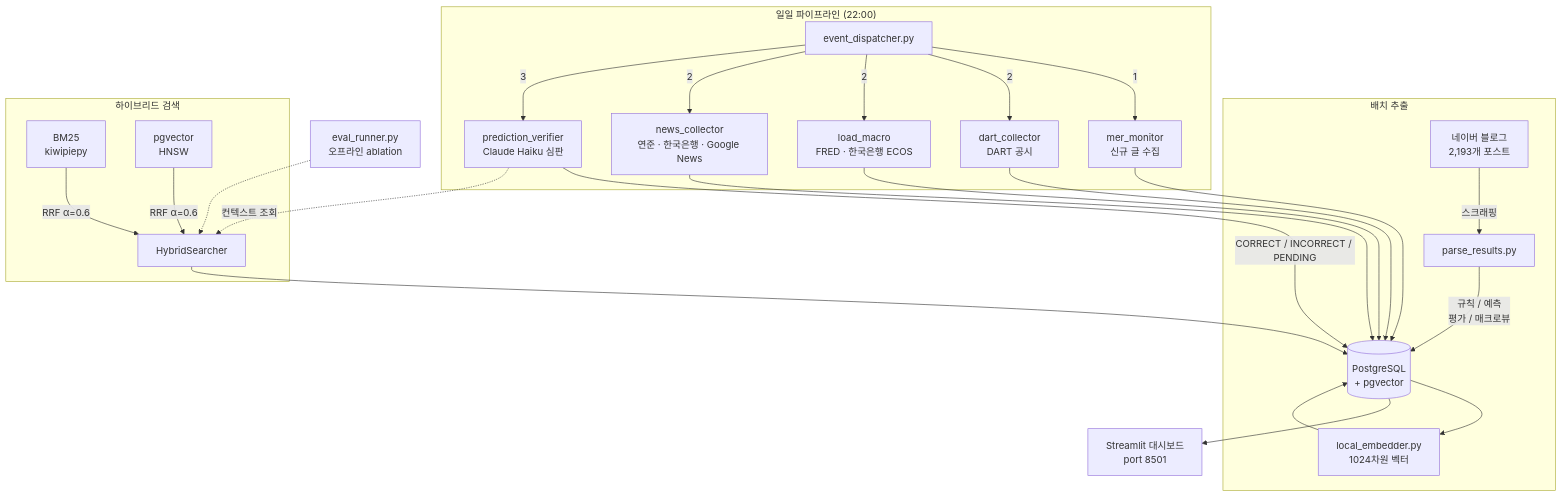
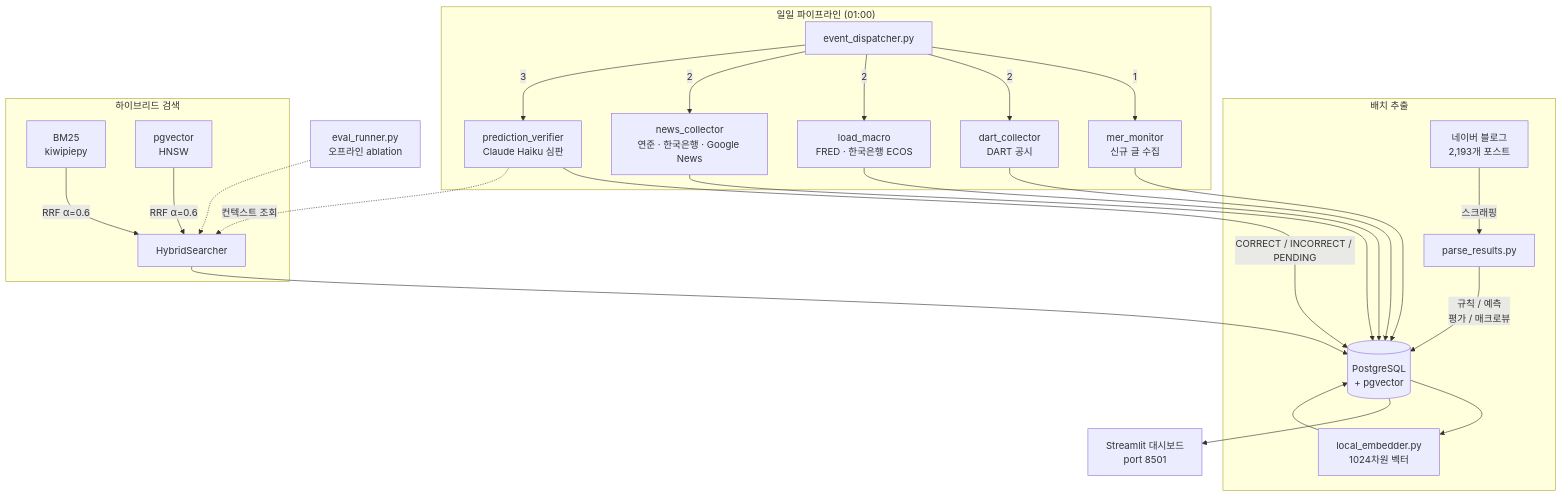
One commit to 11e3/mer-insight-pipeline changed the diagram in README_KR.md. Above: the diagram before and after it, drawn with Mermaid. The commit also changed other lines of this file and 3 other files, not shown here.

````diff
--- a/README_KR.md
+++ b/README_KR.md
@@ -17,31 +17,31 @@
 ```mermaid
 flowchart TD
     subgraph 배치 추출
         A[네이버 블로그<br>2,193개 포스트] -->|스크래핑| B[parse_results.py]
         B -->|규칙 / 예측<br>평가 / 매크로뷰| C[(PostgreSQL<br>+ pgvector)]
         C --> EMB[local_embedder.py<br>1024차원 벡터]
         EMB --> C
     end
 
-    subgraph "일일 파이프라인 (22:00)"
+    subgraph "일일 파이프라인 (01:00)"
         ED[event_dispatcher.py] -->|1| MER[mer_monitor<br>신규 글 수집]
         ED -->|2| DC[dart_collector<br>DART 공시]
         ED -->|2| LM[load_macro<br>FRED · 한국은행 ECOS]
         ED -->|2| NC[news_collector<br>연준 · 한국은행 · Google News]
         ED -->|3| PV[prediction_verifier<br>Claude Haiku 심판]
         MER --> C
         DC & LM & NC --> C
         PV -->|CORRECT / INCORRECT / PENDING| C
     end
 
     subgraph 하이브리드 검색
         HS1[BM25<br>kiwipiepy] & HS2[pgvector<br>HNSW] -->|RRF α=0.6| HS3[HybridSearcher]
     end
 
     PV -.->|컨텍스트 조회| HS3
     HS3 --> C
 
     C --> Q[Streamlit 대시보드<br>port 8501]
 
     EV[eval_runner.py<br>오프라인 ablation] -.-> HS3
 ```
````
